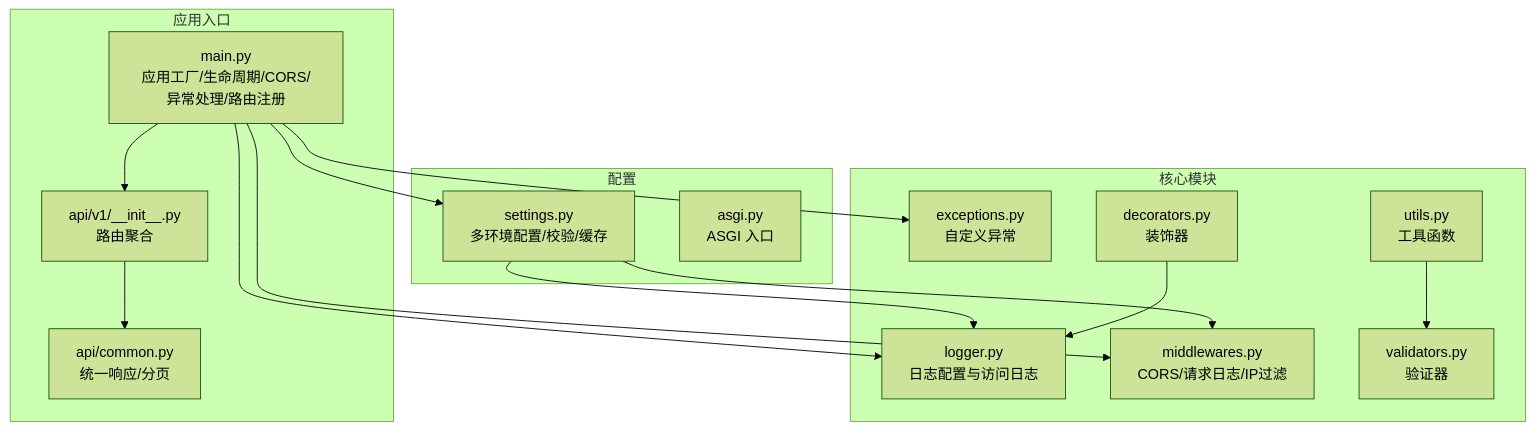
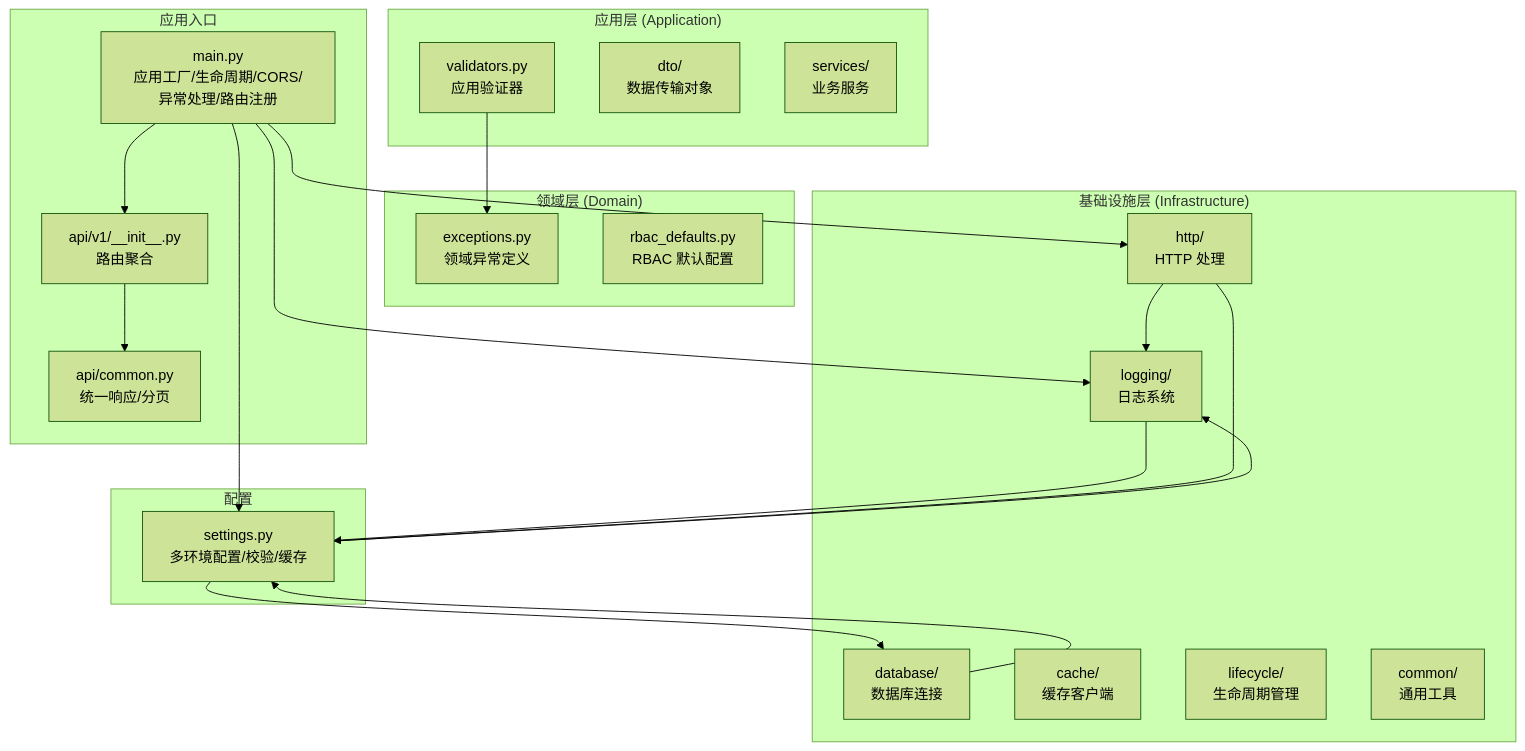
Before and after one commit to taoweidong/Hello-FastApi: the first of 7 diagrams in .qoder/repowiki/zh/content/核心模块/核心模块.md, drawn with Mermaid (forest theme). The commit also changed other lines of this file and 22 other files, not shown here.

````diff
--- a/.qoder/repowiki/zh/content/核心模块/核心模块.md
+++ b/.qoder/repowiki/zh/content/核心模块/核心模块.md
@@ -44,30 +56,40 @@
 ```mermaid
 graph TB
-subgraph "核心模块"
-L["logger.py<br/>日志配置与访问日志"]
-E["exceptions.py<br/>自定义异常"]
-M["middlewares.py<br/>CORS/请求日志/IP过滤"]
-U["utils.py<br/>工具函数"]
-V["validators.py<br/>验证器"]
-D["decorators.py<br/>装饰器"]
+subgraph "领域层 (Domain)"
+DE["exceptions.py<br/>领域异常定义"]
+RBAC["rbac_defaults.py<br/>RBAC 默认配置"]
+end
+subgraph "应用层 (Application)"
+AV["validators.py<br/>应用验证器"]
+DTO["dto/<br/>数据传输对象"]
+SERVICES["services/<br/>业务服务"]
+end
+subgraph "基础设施层 (Infrastructure)"
+LOG["logging/<br/>日志系统"]
+HTTP["http/<br/>HTTP 处理"]
+DB["database/<br/>数据库连接"]
+CACHE["cache/<br/>缓存客户端"]
+LIFE["lifecycle/<br/>生命周期管理"]
+COMMON["common/<br/>通用工具"]
 end
 subgraph "配置"
 S["settings.py<br/>多环境配置/校验/缓存"]
-A["asgi.py<br/>ASGI 入口"]
 end
 subgraph "应用入口"
 MAIN["main.py<br/>应用工厂/生命周期/CORS/异常处理/路由注册"]
 API["api/v1/__init__.py<br/>路由聚合"]
-COMMON["api/common.py<br/>统一响应/分页"]
+COMMON_API["api/common.py<br/>统一响应/分页"]
 end
-MAIN --> L
-MAIN --> E
-MAIN --> M
+MAIN --> LOG
+MAIN --> HTTP
 MAIN --> S
 MAIN --> API
-API --> COMMON
-S --> L
-S --> M
-U --> V
-D --> L
+API --> COMMON_API
+S --> LOG
+S --> DB
+AV --> DE
+LOG --> S
+HTTP --> LOG
+HTTP --> S
+DB --> S
 ```
````
